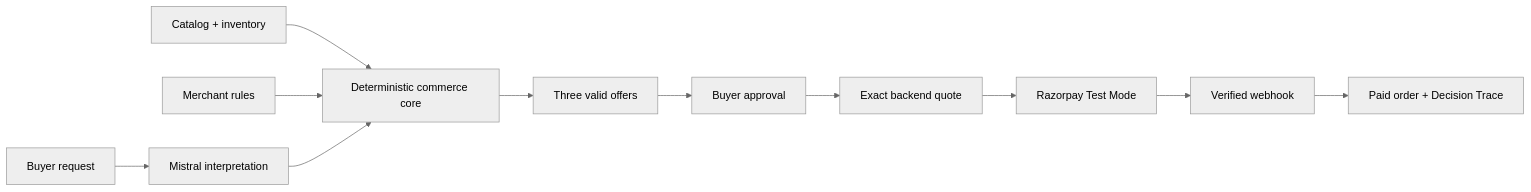
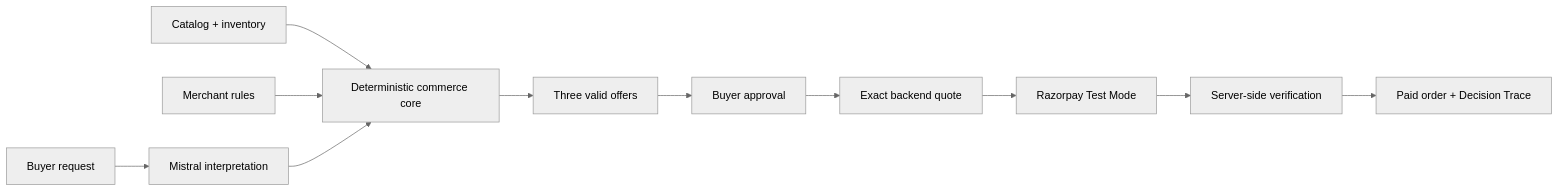
One commit to aprv10/Boli changed the diagram in README.md. Above: the diagram before and after it, drawn with Mermaid (neutral theme). The commit also changed other lines of this file and 4 other files, not shown here.

````diff
--- a/README.md
+++ b/README.md
@@ -49,13 +49,13 @@
 ```mermaid
 flowchart LR
     A[Buyer request] --> B[Mistral interpretation]
     C[Catalog + inventory] --> D[Deterministic commerce core]
     E[Merchant rules] --> D
     B --> D
     D --> F[Three valid offers]
     F --> G[Buyer approval]
     G --> H[Exact backend quote]
     H --> I[Razorpay Test Mode]
-    I --> J[Verified webhook]
+    I --> J[Server-side verification]
     J --> K[Paid order + Decision Trace]
 ```
````
